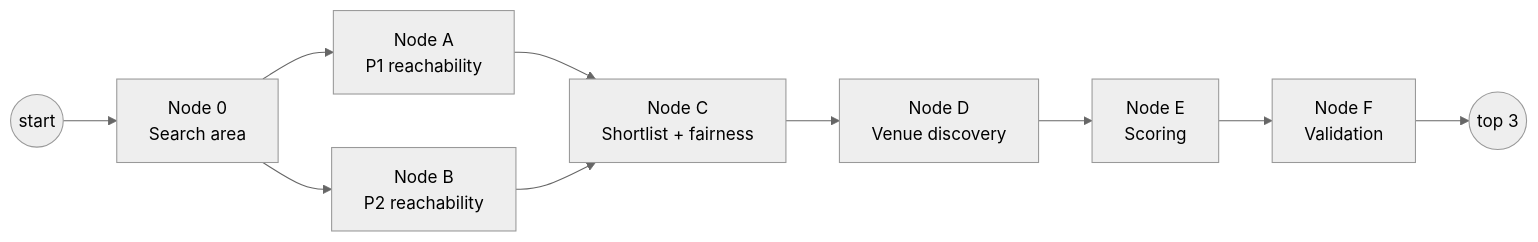
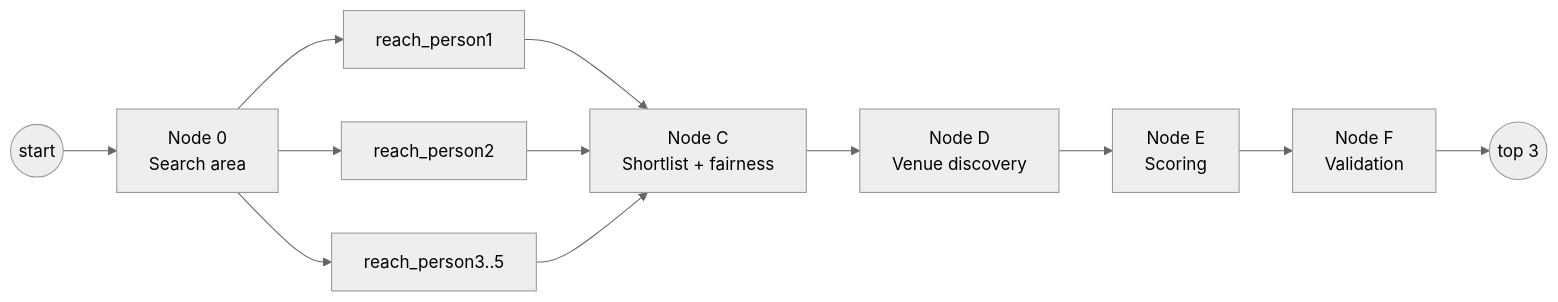
One commit to nandita7krishnan/not-so-mid-point changed the diagram in METHODOLOGY.md. Above: the diagram before and after it, drawn with Mermaid (neutral theme). The commit also changed other lines of this file and 18 other files, not shown here.

````diff
--- a/METHODOLOGY.md
+++ b/METHODOLOGY.md
@@ -36,12 +36,14 @@
 ```mermaid
 graph LR
     S((start)) --> N0[Node 0<br/>Search area]
-    N0 --> A[Node A<br/>P1 reachability]
-    N0 --> B[Node B<br/>P2 reachability]
+    N0 --> A[reach_person1]
+    N0 --> B[reach_person2]
+    N0 --> C3[reach_person3..5]
     A --> C[Node C<br/>Shortlist + fairness]
     B --> C
+    C3 --> C
     C --> D[Node D<br/>Venue discovery]
     D --> E[Node E<br/>Scoring]
     E --> F[Node F<br/>Validation]
     F --> Z((top 3))
 ```
````
